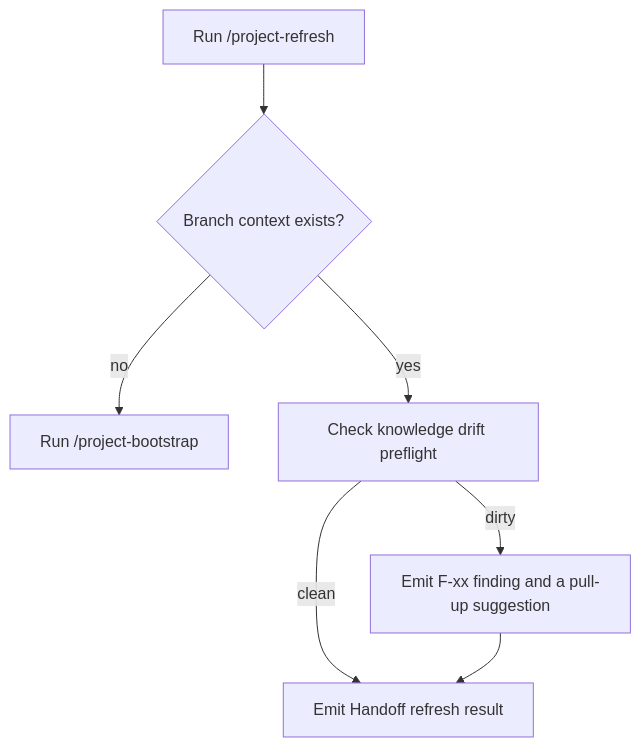
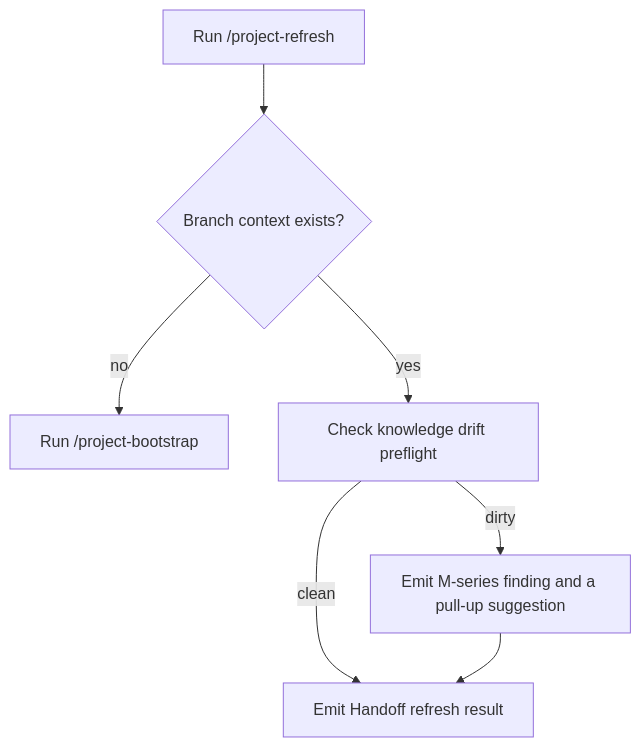
The diagram in docusaurus/commands/init-and-refresh.md (palaeologic/opencode-conductor), drawn with Mermaid before and after one commit. The commit also changed other lines of this file and 373 other files, not shown here.

````diff
--- a/docusaurus/commands/init-and-refresh.md
+++ b/docusaurus/commands/init-and-refresh.md
@@ -77,11 +78,11 @@
 ```mermaid
 flowchart TD
   start[Run /project-refresh]
   has_ctx{Branch context exists?}
   start --> has_ctx
   has_ctx -- no --> bootstrap[Run /project-bootstrap]
   has_ctx -- yes --> drift[Check knowledge drift preflight]
   drift -- clean --> emit[Emit Handoff refresh result]
-  drift -- dirty --> finding[Emit F-xx finding and a pull-up suggestion]
+  drift -- dirty --> finding[Emit M-series finding and a pull-up suggestion]
   finding --> emit
 ```
````
